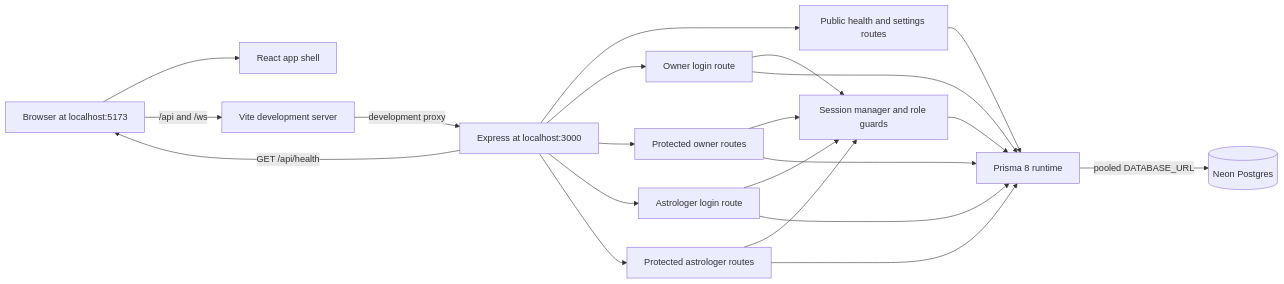
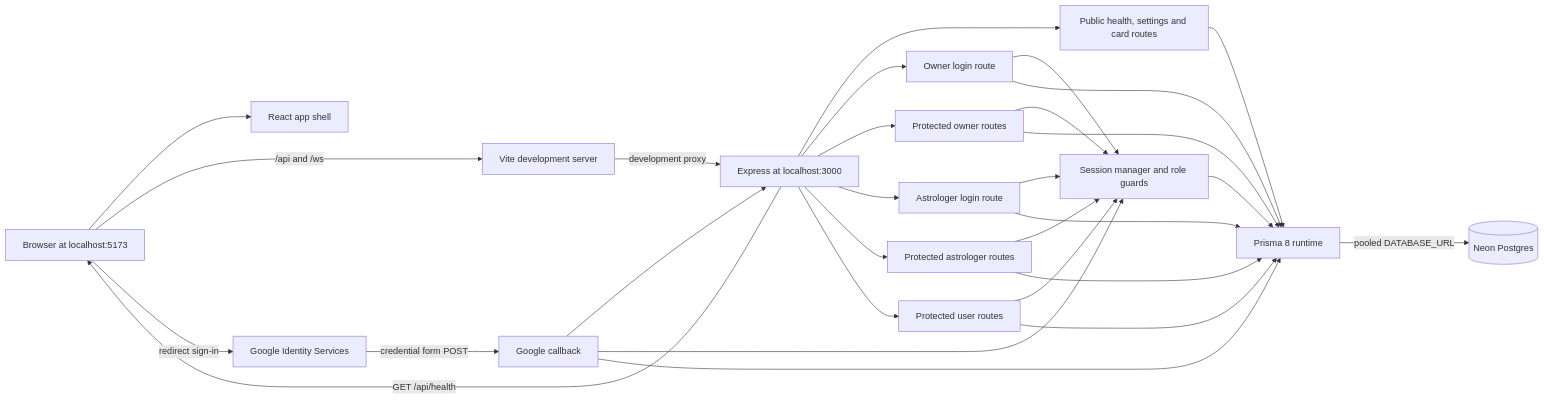
Before and after one commit to Yash1927/AstroWeb-App: the first of 3 diagrams in docs/ARCHITECTURE.md, drawn with Mermaid. The commit also changed other lines of this file and 49 other files, not shown here.

Commit message:
Steps 5 and 6: Home, Google sign-in, details and Settings

````diff
--- a/docs/ARCHITECTURE.md
+++ b/docs/ARCHITECTURE.md
@@ -20,36 +20,47 @@
 ```mermaid
 flowchart LR
     Browser[Browser at localhost:5173]
     React[React app shell]
     Vite[Vite development server]
     Express[Express at localhost:3000]
-    Public[Public health and settings routes]
+    Public[Public health, settings and card routes]
     OwnerAuth[Owner login route]
     Owner[Protected owner routes]
     AstroAuth[Astrologer login route]
     Astrologer[Protected astrologer routes]
+    Google[Google Identity Services]
+    UserAuth[Google callback]
+    User[Protected user routes]
     Session[Session manager and role guards]
     Prisma[Prisma 8 runtime]
     Neon[(Neon Postgres)]
 
     Browser --> React
     Browser -->|/api and /ws| Vite
     Vite -->|development proxy| Express
     Express -->|GET /api/health| Browser
     Express --> Public
     Express --> OwnerAuth
     Express --> Owner
     Express --> AstroAuth
     Express --> Astrologer
+    Browser -->|redirect sign-in| Google
+    Google -->|credential form POST| UserAuth
+    UserAuth --> Express
+    Express --> User
     OwnerAuth --> Session
     Owner --> Session
     AstroAuth --> Session
     Astrologer --> Session
+    UserAuth --> Session
+    User --> Session
     Session --> Prisma
     OwnerAuth --> Prisma
     Owner --> Prisma
     AstroAuth --> Prisma
     Astrologer --> Prisma
+    UserAuth --> Prisma
+    User --> Prisma
     Public --> Prisma
     Prisma -->|pooled DATABASE_URL| Neon
 ```
````
